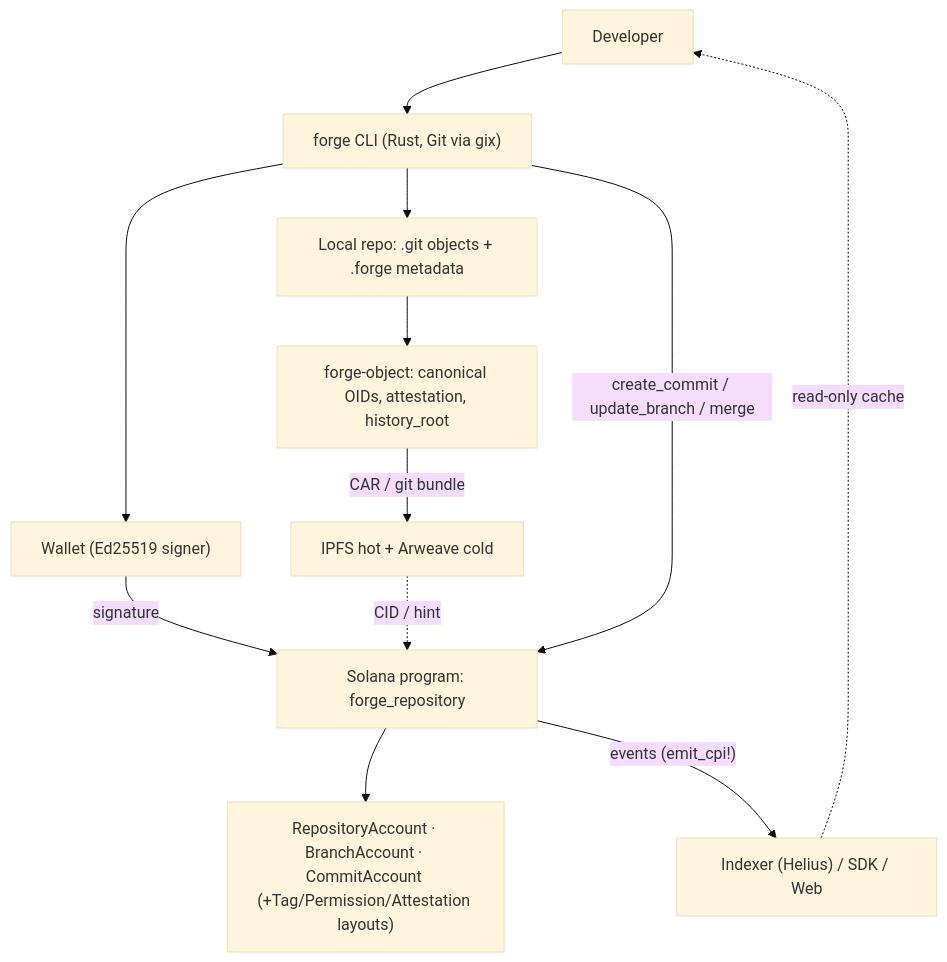
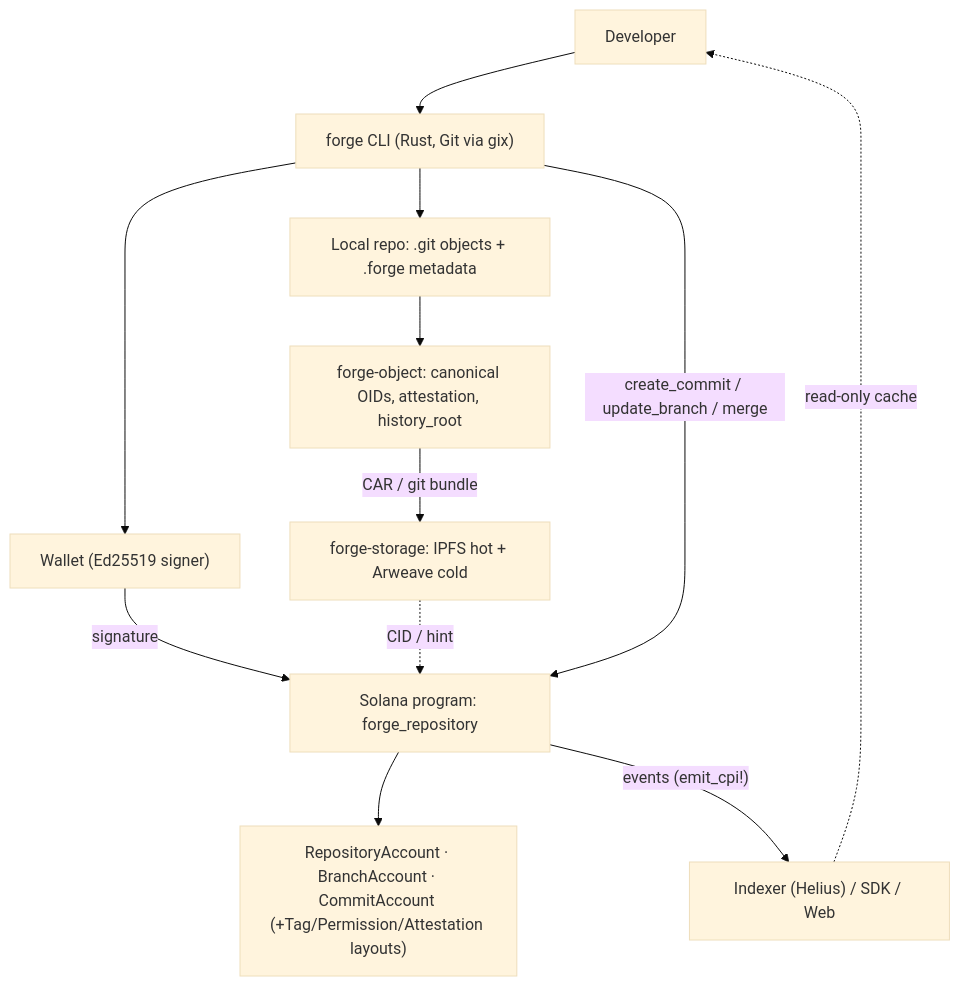
The first of 2 diagrams in docs/architecture.md (Anax-Labs/Forge), drawn with Mermaid (base theme) before and after one commit. The commit also changed other lines of this file and 33 other files, not shown here.

````diff
--- a/docs/architecture.md
+++ b/docs/architecture.md
@@ -187,14 +187,14 @@
 ```mermaid
 flowchart TB
   dev[Developer] --> cli["forge CLI (Rust, Git via gix)"]
   cli --> local["Local repo: .git objects + .forge metadata"]
   cli --> wallet["Wallet (Ed25519 signer)"]
   local --> engine["forge-object: canonical OIDs, attestation, history_root"]
-  engine -->|CAR / git bundle| storage["IPFS hot + Arweave cold"]
+  engine -->|CAR / git bundle| storage["forge-storage: IPFS hot + Arweave cold"]
   wallet -->|signature| program
   storage -.->|CID / hint| program
   cli -->|"create_commit / update_branch / merge"| program["Solana program: forge_repository"]
   program --> accounts["RepositoryAccount · BranchAccount · CommitAccount (+Tag/Permission/Attestation layouts)"]
   program -->|"events (emit_cpi!)"| indexer["Indexer (Helius) / SDK / Web"]
   indexer -.->|read-only cache| dev
 ```
````
